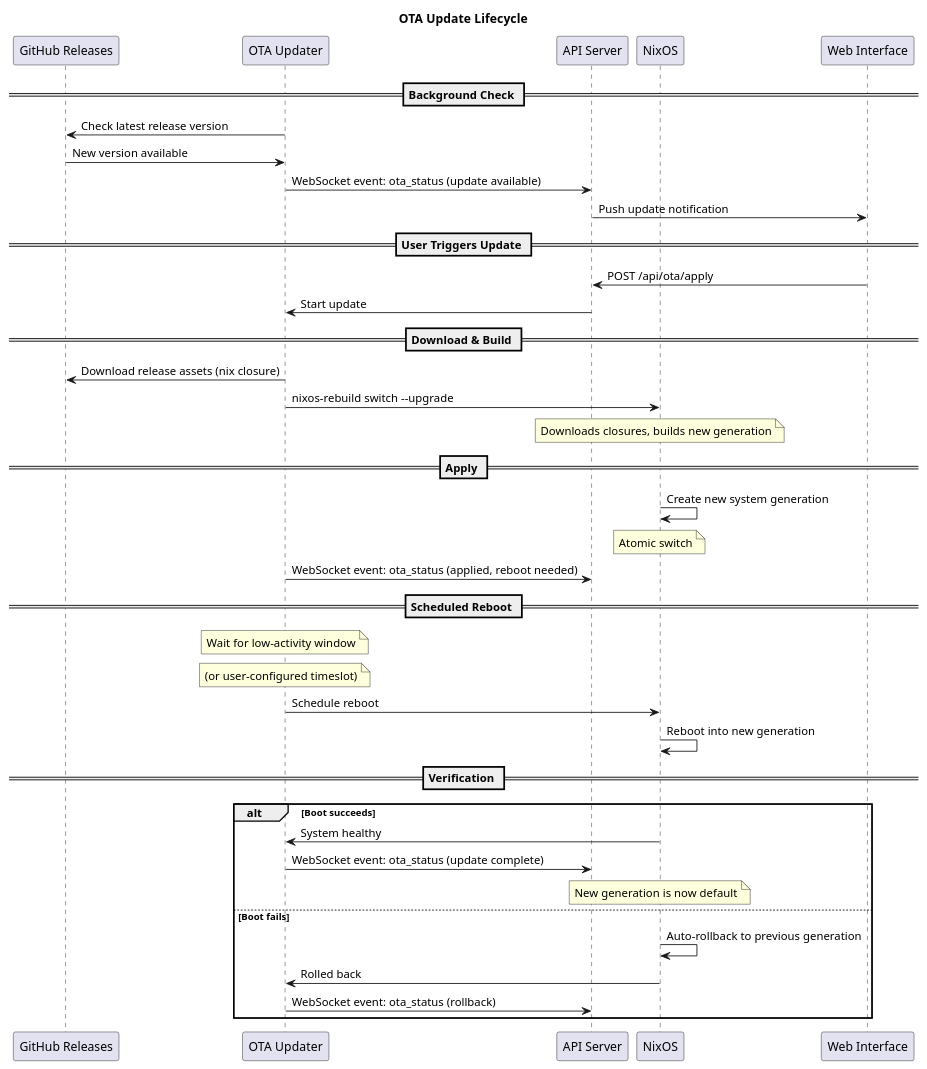
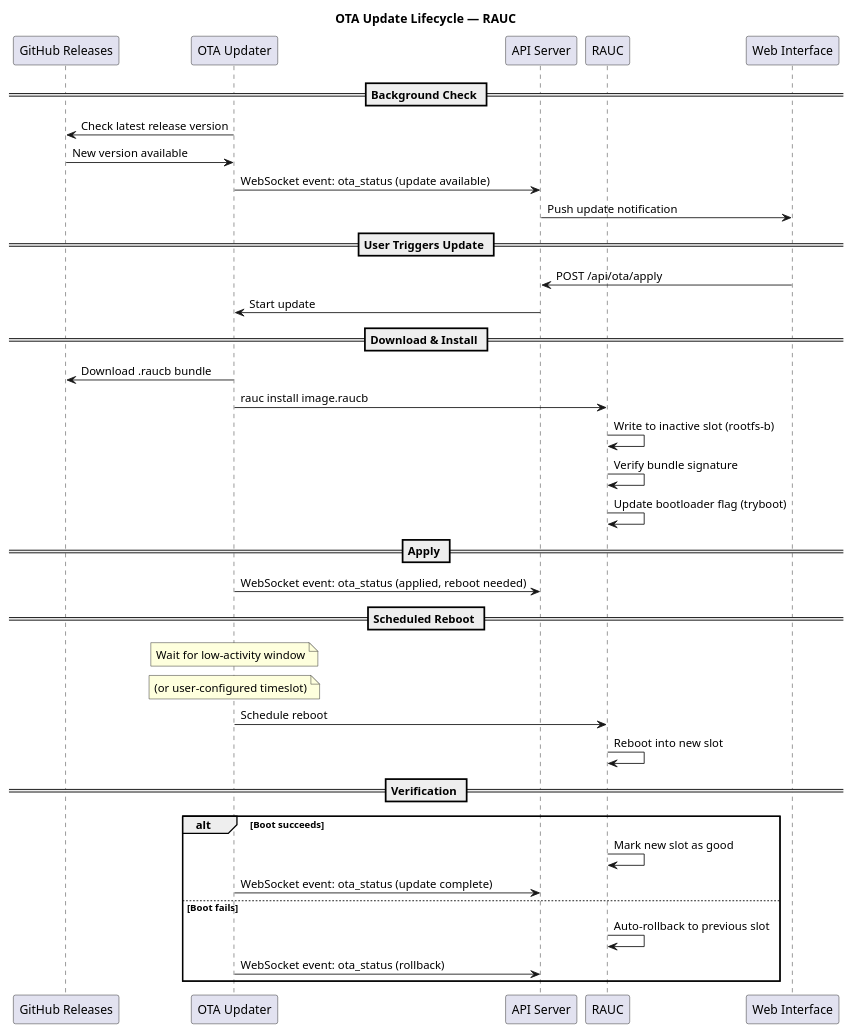
The second of 2 diagrams in docs/source/architecture/ota-updater/index.rst (LydByDissing/kids-desktop-speaker), drawn with PlantUML before and after one commit. The commit also changed other lines of this file and 6 other files, not shown here.

First line of the commit message:
docs: capture OS/OTA/CI architecture decisions

```diff
--- a/docs/source/architecture/ota-updater/index.rst
+++ b/docs/source/architecture/ota-updater/index.rst
@@ -223,51 +153,49 @@
 .. plantuml::
-   :caption: OTA Update Lifecycle
+   :caption: OTA Update Lifecycle — RAUC
    :name: fig-ota-lifecycle
 
    @startuml
-   title OTA Update Lifecycle
+   title OTA Update Lifecycle — RAUC
 
    participant "GitHub Releases" as gh
    participant "OTA Updater" as ota
    participant "API Server" as api
-   participant "NixOS" as nixos
+   participant "RAUC" as rauc
    participant "Web Interface" as ui
 
    == Background Check ==
    ota -> gh : Check latest release version
    gh -> ota : New version available
    ota -> api : WebSocket event: ota_status (update available)
    api -> ui : Push update notification
 
    == User Triggers Update ==
    ui -> api : POST /api/ota/apply
    api -> ota : Start update
 
-   == Download & Build ==
-   ota -> gh : Download release assets (nix closure)
-   ota -> nixos : nixos-rebuild switch --upgrade
-   note over nixos : Downloads closures, builds new generation
+   == Download & Install ==
+   ota -> gh : Download .raucb bundle
+   ota -> rauc : rauc install image.raucb
+   rauc -> rauc : Write to inactive slot (rootfs-b)
+   rauc -> rauc : Verify bundle signature
+   rauc -> rauc : Update bootloader flag (tryboot)
 
    == Apply ==
-   nixos -> nixos : Create new system generation
-   note over nixos : Atomic switch
    ota -> api : WebSocket event: ota_status (applied, reboot needed)
 
    == Scheduled Reboot ==
    note over ota : Wait for low-activity window
    note over ota : (or user-configured timeslot)
-   ota -> nixos : Schedule reboot
-   nixos -> nixos : Reboot into new generation
+   ota -> rauc : Schedule reboot
+   rauc -> rauc : Reboot into new slot
 
    == Verification ==
    alt Boot succeeds
-       nixos -> ota : System healthy
+       rauc -> rauc : Mark new slot as good
        ota -> api : WebSocket event: ota_status (update complete)
-       note over nixos : New generation is now default
    else Boot fails
-       nixos -> nixos : Auto-rollback to previous generation
-       nixos -> ota : Rolled back
+       rauc -> rauc : Auto-rollback to previous slot
        ota -> api : WebSocket event: ota_status (rollback)
    end
 
    @enduml
```
